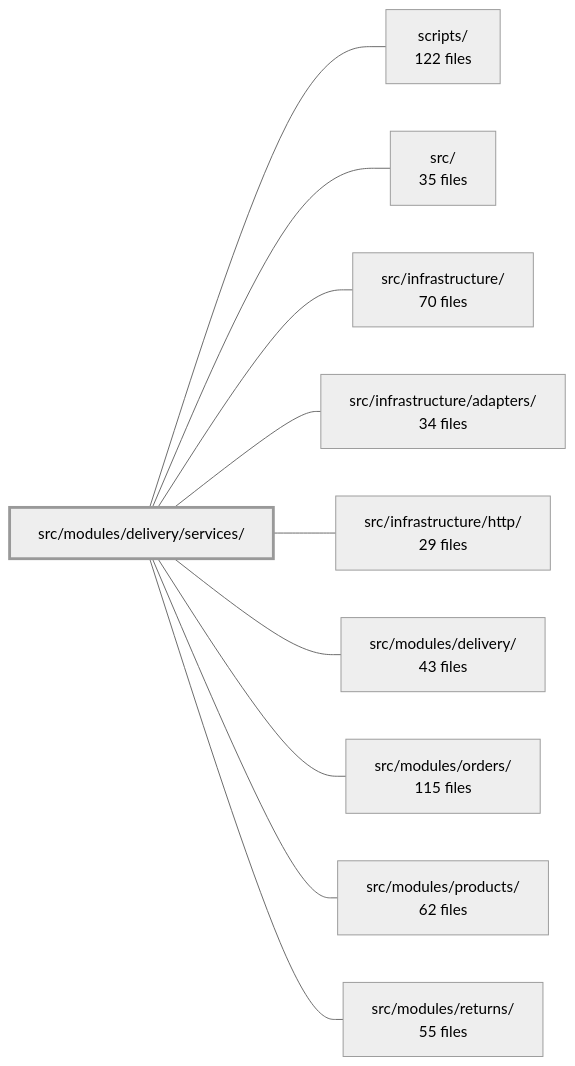
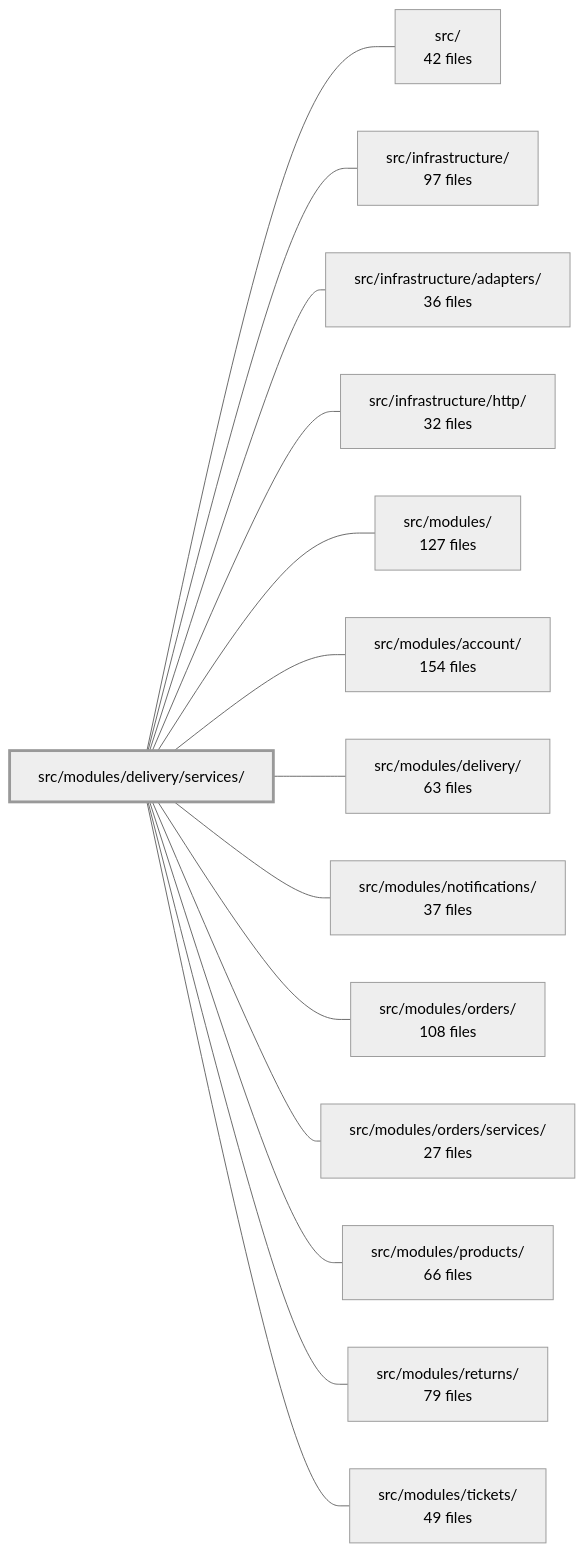
One commit to Guebbit/boilerplate-node-backend changed the diagram in .2brain/modules/boilerplate-node-backend_src_modules_delivery_services.md. Above: the diagram before and after it, drawn with Mermaid (neutral theme). The commit also changed other lines of this file and 1775 other files, not shown here.

````diff
--- a/.2brain/modules/boilerplate-node-backend_src_modules_delivery_services.md
+++ b/.2brain/modules/boilerplate-node-backend_src_modules_delivery_services.md
@@ -42,23 +44,31 @@
 ```mermaid
 flowchart LR
     m_src_modules_delivery_services["src/modules/delivery/services/"]
-    m_scripts["scripts/<br/>122 files"]
-    m_src["src/<br/>35 files"]
-    m_src_infrastructure["src/infrastructure/<br/>70 files"]
-    m_src_infrastructure_adapters["src/infrastructure/adapters/<br/>34 files"]
-    m_src_infrastructure_http["src/infrastructure/http/<br/>29 files"]
-    m_src_modules_delivery["src/modules/delivery/<br/>43 files"]
-    m_src_modules_orders["src/modules/orders/<br/>115 files"]
-    m_src_modules_products["src/modules/products/<br/>62 files"]
-    m_src_modules_returns["src/modules/returns/<br/>55 files"]
-    m_src_modules_delivery_services --- m_scripts
+    m_src["src/<br/>42 files"]
+    m_src_infrastructure["src/infrastructure/<br/>97 files"]
+    m_src_infrastructure_adapters["src/infrastructure/adapters/<br/>36 files"]
+    m_src_infrastructure_http["src/infrastructure/http/<br/>32 files"]
+    m_src_modules["src/modules/<br/>127 files"]
+    m_src_modules_account["src/modules/account/<br/>154 files"]
+    m_src_modules_delivery["src/modules/delivery/<br/>63 files"]
+    m_src_modules_notifications["src/modules/notifications/<br/>37 files"]
+    m_src_modules_orders["src/modules/orders/<br/>108 files"]
+    m_src_modules_orders_services["src/modules/orders/services/<br/>27 files"]
+    m_src_modules_products["src/modules/products/<br/>66 files"]
+    m_src_modules_returns["src/modules/returns/<br/>79 files"]
+    m_src_modules_tickets["src/modules/tickets/<br/>49 files"]
     m_src_modules_delivery_services --- m_src
     m_src_modules_delivery_services --- m_src_infrastructure
     m_src_modules_delivery_services --- m_src_infrastructure_adapters
     m_src_modules_delivery_services --- m_src_infrastructure_http
+    m_src_modules_delivery_services --- m_src_modules
+    m_src_modules_delivery_services --- m_src_modules_account
     m_src_modules_delivery_services --- m_src_modules_delivery
+    m_src_modules_delivery_services --- m_src_modules_notifications
     m_src_modules_delivery_services --- m_src_modules_orders
+    m_src_modules_delivery_services --- m_src_modules_orders_services
     m_src_modules_delivery_services --- m_src_modules_products
     m_src_modules_delivery_services --- m_src_modules_returns
+    m_src_modules_delivery_services --- m_src_modules_tickets
     style m_src_modules_delivery_services stroke-width:3px
 ```
````
